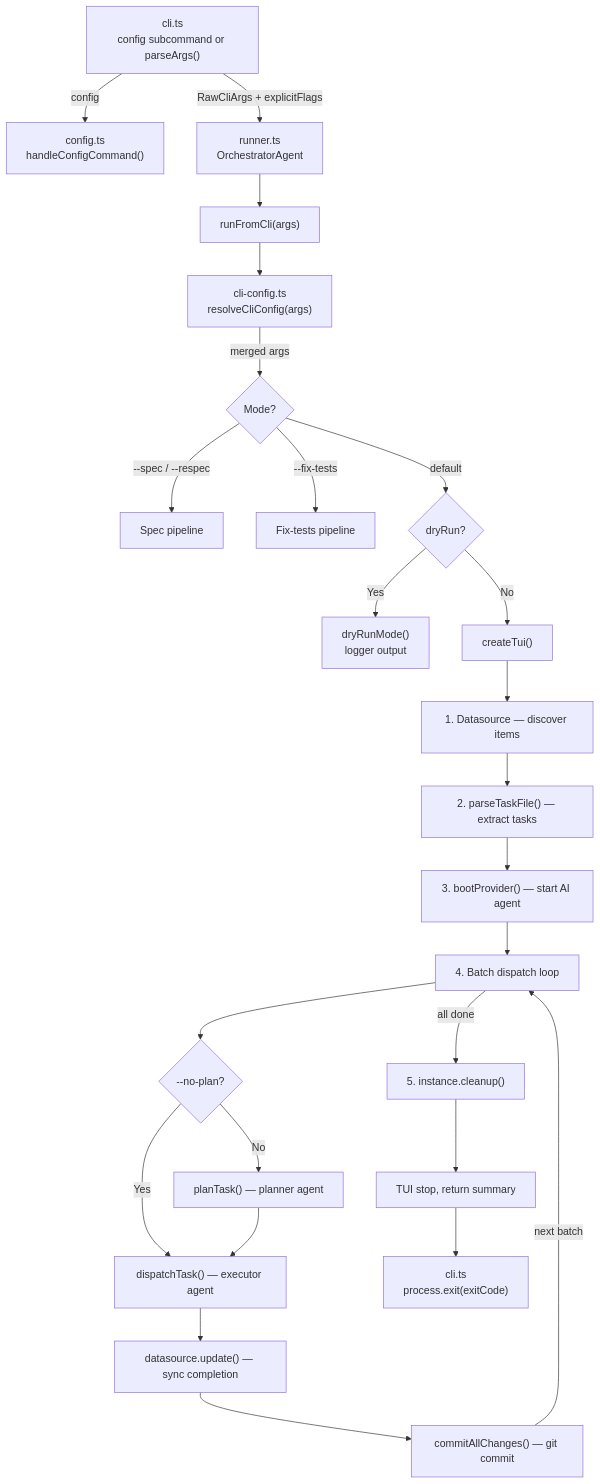
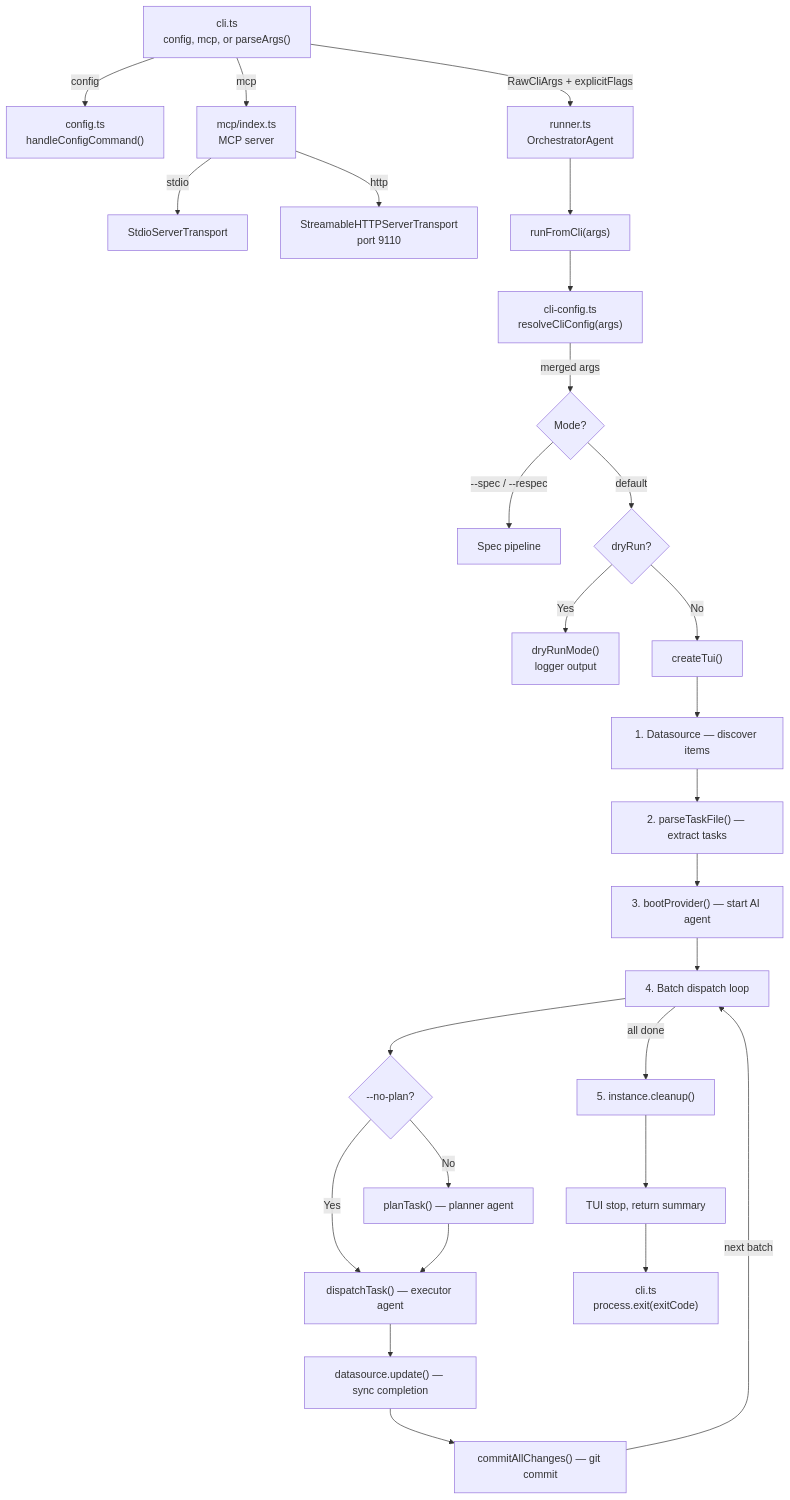
One commit to PatrickRuddiman/Dispatch changed the diagram in docs/cli-orchestration/overview.md. Above: the diagram before and after it, drawn with Mermaid. The commit also changed other lines of this file and 252 other files, not shown here.

````diff
--- a/docs/cli-orchestration/overview.md
+++ b/docs/cli-orchestration/overview.md
@@ -34,27 +40,29 @@
 ```mermaid
 flowchart TD
-    A["cli.ts<br/>config subcommand or parseArgs()"] -->|"config"| A2["config.ts<br/>handleConfigCommand()"]
+    A["cli.ts<br/>config, mcp, or parseArgs()"] -->|"config"| A2["config.ts<br/>handleConfigCommand()"]
+    A -->|"mcp"| A3["mcp/index.ts<br/>MCP server"]
+    A3 -->|"stdio"| A3a["StdioServerTransport"]
+    A3 -->|"http"| A3b["StreamableHTTPServerTransport<br/>port 9110"]
     A -->|"RawCliArgs + explicitFlags"| B["runner.ts<br/>OrchestratorAgent"]
     B --> B2["runFromCli(args)"]
     B2 --> B3["cli-config.ts<br/>resolveCliConfig(args)"]
     B3 -->|"merged args"| C{"Mode?"}
     C -->|"--spec / --respec"| C2["Spec pipeline"]
-    C -->|"--fix-tests"| C3["Fix-tests pipeline"]
     C -->|"default"| D{"dryRun?"}
     D -->|Yes| E["dryRunMode()<br/>logger output"]
     D -->|No| F["createTui()"]
     F --> G["1. Datasource — discover items"]
     G --> H["2. parseTaskFile() — extract tasks"]
     H --> I["3. bootProvider() — start AI agent"]
     I --> J["4. Batch dispatch loop"]
     J --> K{"--no-plan?"}
     K -->|No| L["planTask() — planner agent"]
     K -->|Yes| M["dispatchTask() — executor agent"]
     L --> M
     M --> N["datasource.update() — sync completion"]
     N --> O["commitAllChanges() — git commit"]
     O -->|next batch| J
     J -->|all done| P["5. instance.cleanup()"]
     P --> Q["TUI stop, return summary"]
     Q --> R["cli.ts<br/>process.exit(exitCode)"]
 ```
````
